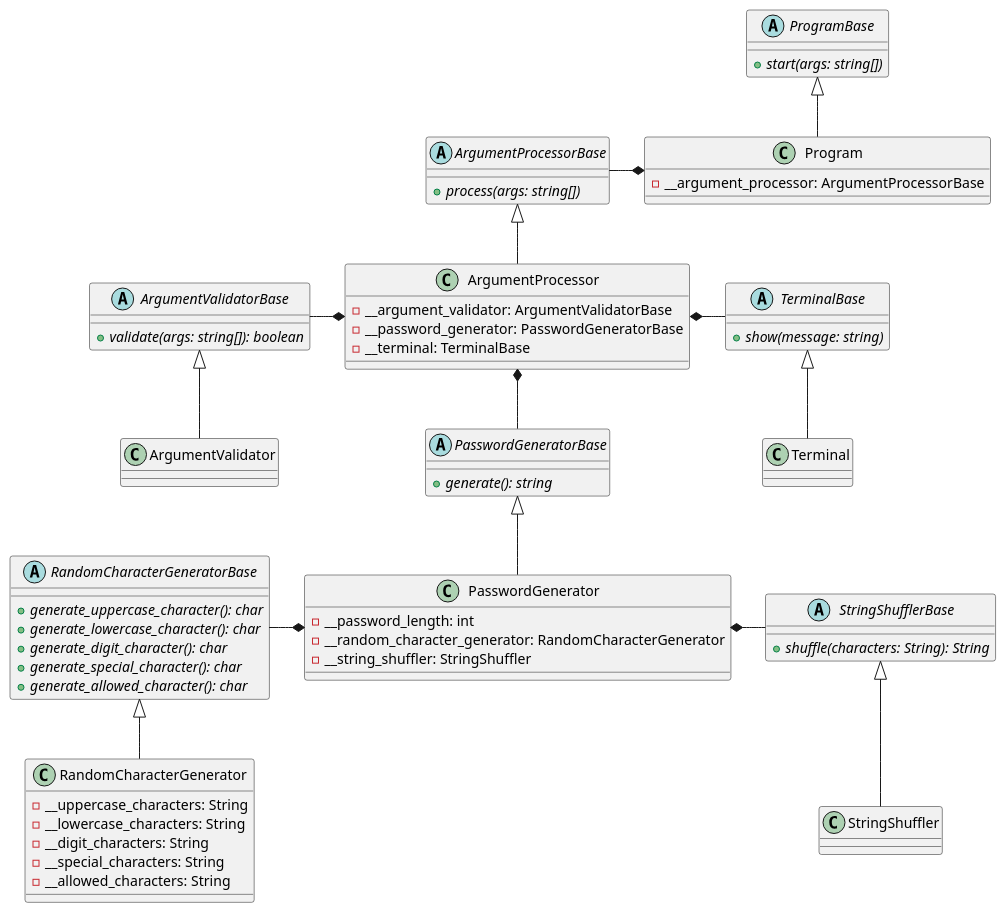
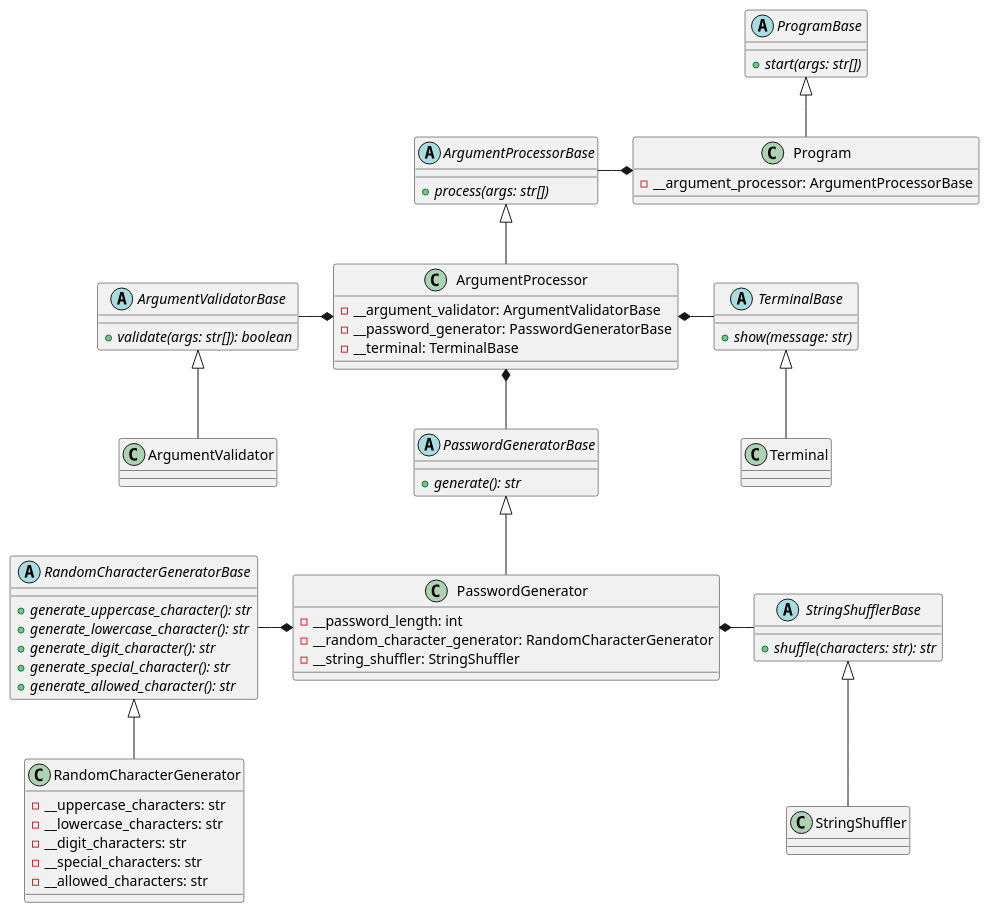
The diagram in diagrams/Class.puml (djvelimir/demo-python-cli), drawn with PlantUML before and after one commit.

Commit message:
Update class diagram

```diff
--- a/diagrams/Class.puml
+++ b/diagrams/Class.puml
@@ -1,83 +1,83 @@
 @startuml class
 abstract class ProgramBase {
-    + {abstract} start(args: string[])
+    + {abstract} start(args: str[])
 }
 
 class Program {
     - __argument_processor: ArgumentProcessorBase
 }
 
 abstract class ArgumentValidatorBase {
-    + {abstract} validate(args: string[]): boolean
+    + {abstract} validate(args: str[]): boolean
 }
 
 class ArgumentValidator {
 }
 
 abstract class ArgumentProcessorBase {
-    + {abstract} process(args: string[])
+    + {abstract} process(args: str[])
 }
 
 class ArgumentProcessor {
     - __argument_validator: ArgumentValidatorBase
     - __password_generator: PasswordGeneratorBase
     - __terminal: TerminalBase
 }
 
 abstract class TerminalBase {
-    + {abstract} show(message: string)
+    + {abstract} show(message: str)
 }
 
 class Terminal {
 }
 
 abstract class PasswordGeneratorBase {
-    + {abstract} generate(): string
+    + {abstract} generate(): str
 }
 
 class PasswordGenerator {
     - __password_length: int
     - __random_character_generator: RandomCharacterGenerator
     - __string_shuffler: StringShuffler
 }
 
 abstract class RandomCharacterGeneratorBase {
-    + {abstract} generate_uppercase_character(): char
-    + {abstract} generate_lowercase_character(): char
-    + {abstract} generate_digit_character(): char
-    + {abstract} generate_special_character(): char
-    + {abstract} generate_allowed_character(): char
+    + {abstract} generate_uppercase_character(): str
+    + {abstract} generate_lowercase_character(): str
+    + {abstract} generate_digit_character(): str
+    + {abstract} generate_special_character(): str
+    + {abstract} generate_allowed_character(): str
 }
 
 class RandomCharacterGenerator {
-    - __uppercase_characters: String
-    - __lowercase_characters: String
-    - __digit_characters: String
-    - __special_characters: String
-    - __allowed_characters: String
+    - __uppercase_characters: str
+    - __lowercase_characters: str
+    - __digit_characters: str
+    - __special_characters: str
+    - __allowed_characters: str
 }
 
 abstract class StringShufflerBase {
-    + {abstract} shuffle(characters: String): String
+    + {abstract} shuffle(characters: str): str
 }
 
 class StringShuffler {
 }
 
 ArgumentValidatorBase <|-- ArgumentValidator
 ArgumentProcessorBase <|-- ArgumentProcessor
 TerminalBase <|-- Terminal
 PasswordGeneratorBase <|-- PasswordGenerator
 RandomCharacterGeneratorBase <|-- RandomCharacterGenerator
 StringShufflerBase <|-- StringShuffler
 ProgramBase <|-- Program
 
 Program *--l ArgumentProcessorBase
 
 ArgumentProcessor *--l ArgumentValidatorBase
 ArgumentProcessor *--d PasswordGeneratorBase
 ArgumentProcessor *--r TerminalBase
 
 PasswordGenerator *--l RandomCharacterGeneratorBase
 PasswordGenerator *--r StringShufflerBase
 @enduml
```
